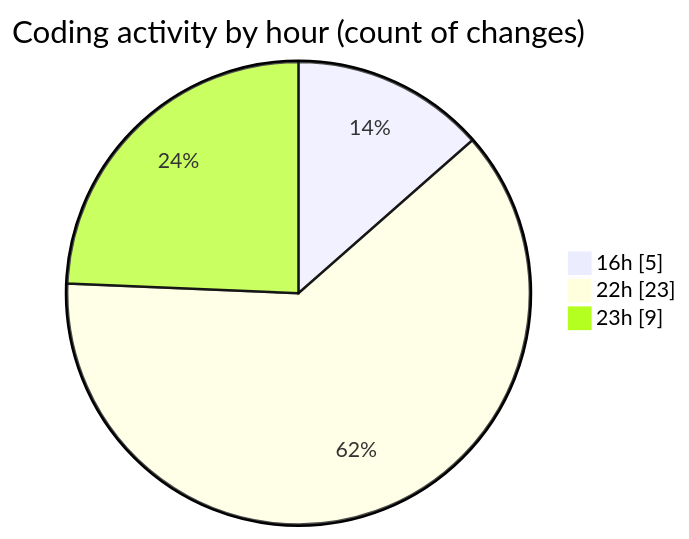
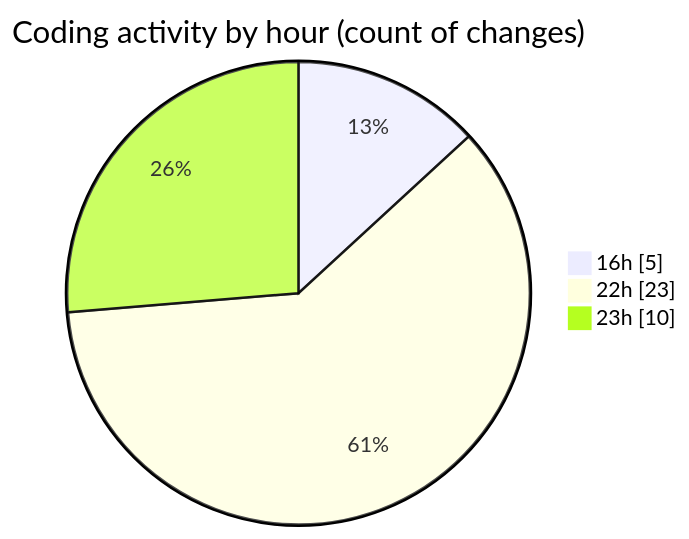
The second of 2 diagrams in 2025-03-18/peregrino-web/README.md (robertbonfada/code-tracking), drawn with Mermaid before and after one commit. The commit also changed other lines of this file and 1 other file, not shown here.

````diff
--- a/2025-03-18/peregrino-web/README.md
+++ b/2025-03-18/peregrino-web/README.md
@@ -41,7 +41,7 @@
 ```mermaid
 pie showData
 title Coding activity by hour (count of changes)
 "16h" : 5
 "22h" : 23
-"23h" : 9
+"23h" : 10
 ```
````
